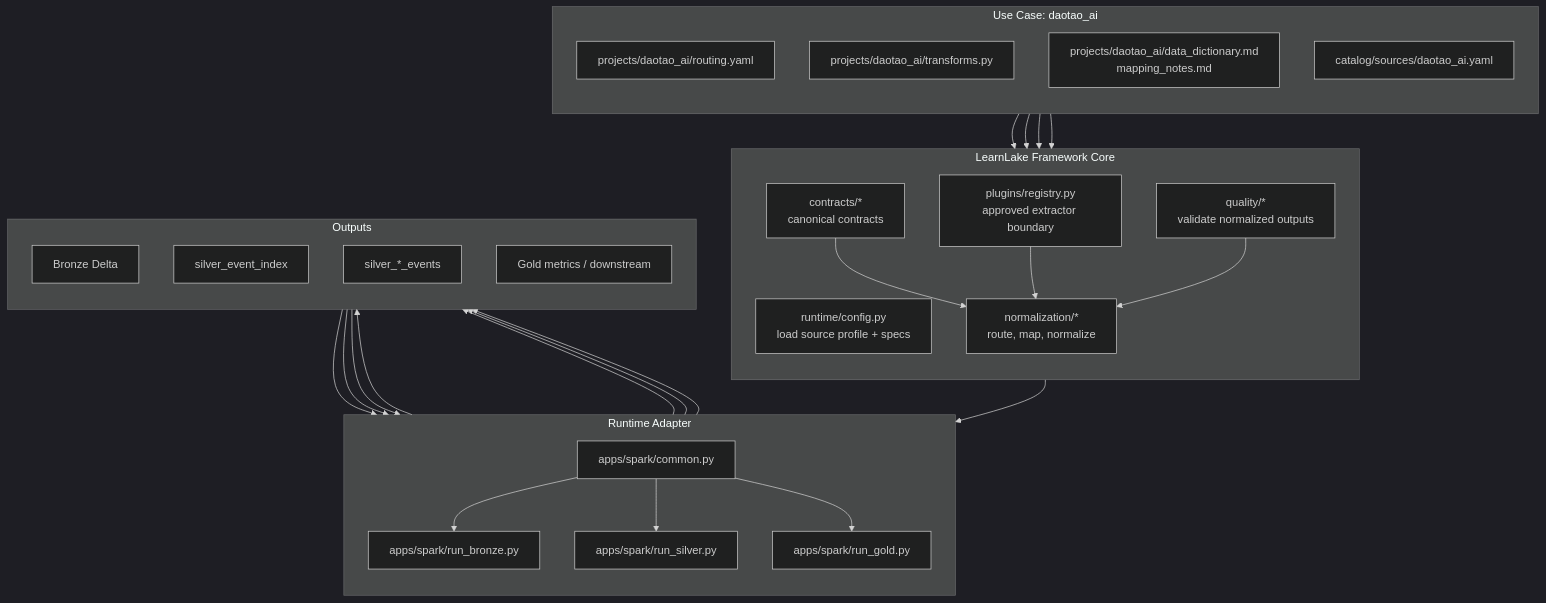
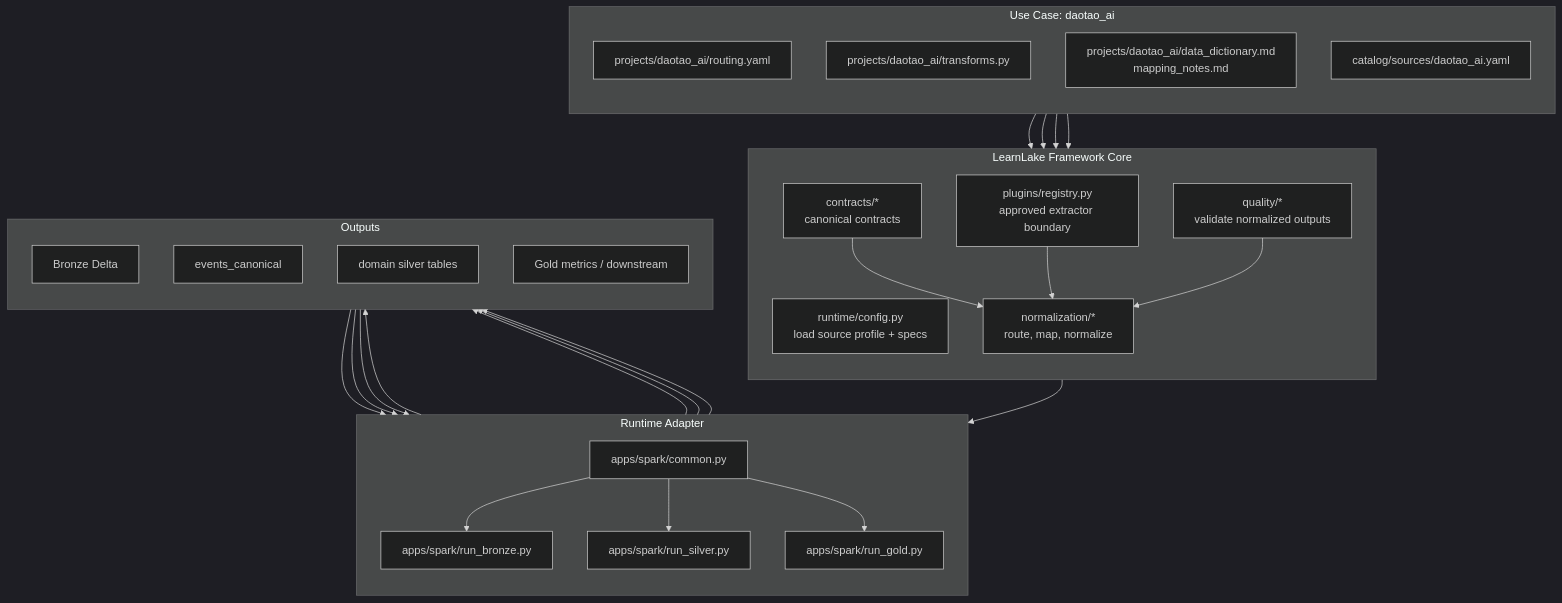
The third of 14 diagrams in source/docs/framework-architecture.md (Cuong102904/LogAnalysisETL), drawn with Mermaid (dark theme) before and after one commit. The commit also changed other lines of this file and 51 other files, not shown here.

````diff
--- a/source/docs/framework-architecture.md
+++ b/source/docs/framework-architecture.md
@@ -164,54 +164,54 @@
 ```mermaid
 flowchart TB
     subgraph UC["Use Case: daotao_ai"]
         direction TB
         U1["projects/daotao_ai/routing.yaml"]
         U2["projects/daotao_ai/transforms.py"]
         U3["projects/daotao_ai/data_dictionary.md\nmapping_notes.md"]
         U4["catalog/sources/daotao_ai.yaml"]
     end
 
     subgraph FW["LearnLake Framework Core"]
         direction TB
         F1["runtime/config.py\nload source profile + specs"]
         F2["contracts/*\ncanonical contracts"]
         F3["normalization/*\nroute, map, normalize"]
         F4["plugins/registry.py\napproved extractor boundary"]
         F5["quality/*\nvalidate normalized outputs"]
     end
 
     subgraph RT["Runtime Adapter"]
         direction TB
         R1["apps/spark/common.py"]
         R2["apps/spark/run_bronze.py"]
         R3["apps/spark/run_silver.py"]
         R4["apps/spark/run_gold.py"]
     end
 
     subgraph OUT["Outputs"]
         direction TB
         O1["Bronze Delta"]
-        O2["silver_event_index"]
-        O3["silver_*_events"]
+        O2["events_canonical"]
+        O3["domain silver tables"]
         O4["Gold metrics / downstream"]
     end
 
     U4 --> F1
     U1 --> F3
     U2 --> F4
     U3 --> F3
     F2 --> F3
     F4 --> F3
     F5 --> F3
     F1 --> R1
     R1 --> R2
     R1 --> R3
     R1 --> R4
     R2 --> O1
     O1 --> R3
     R3 --> O2
     R3 --> O3
     O2 --> R4
     O3 --> R4
     R4 --> O4
 ```
````
